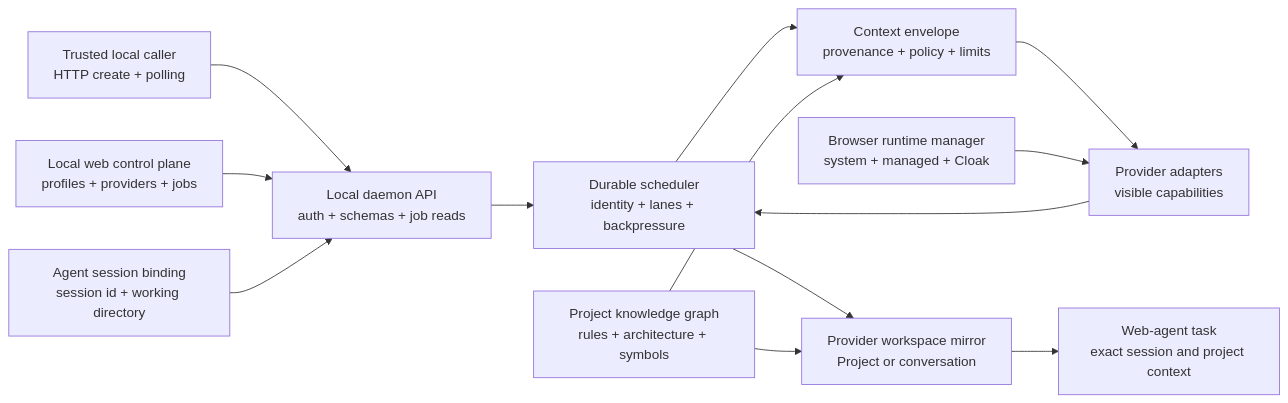
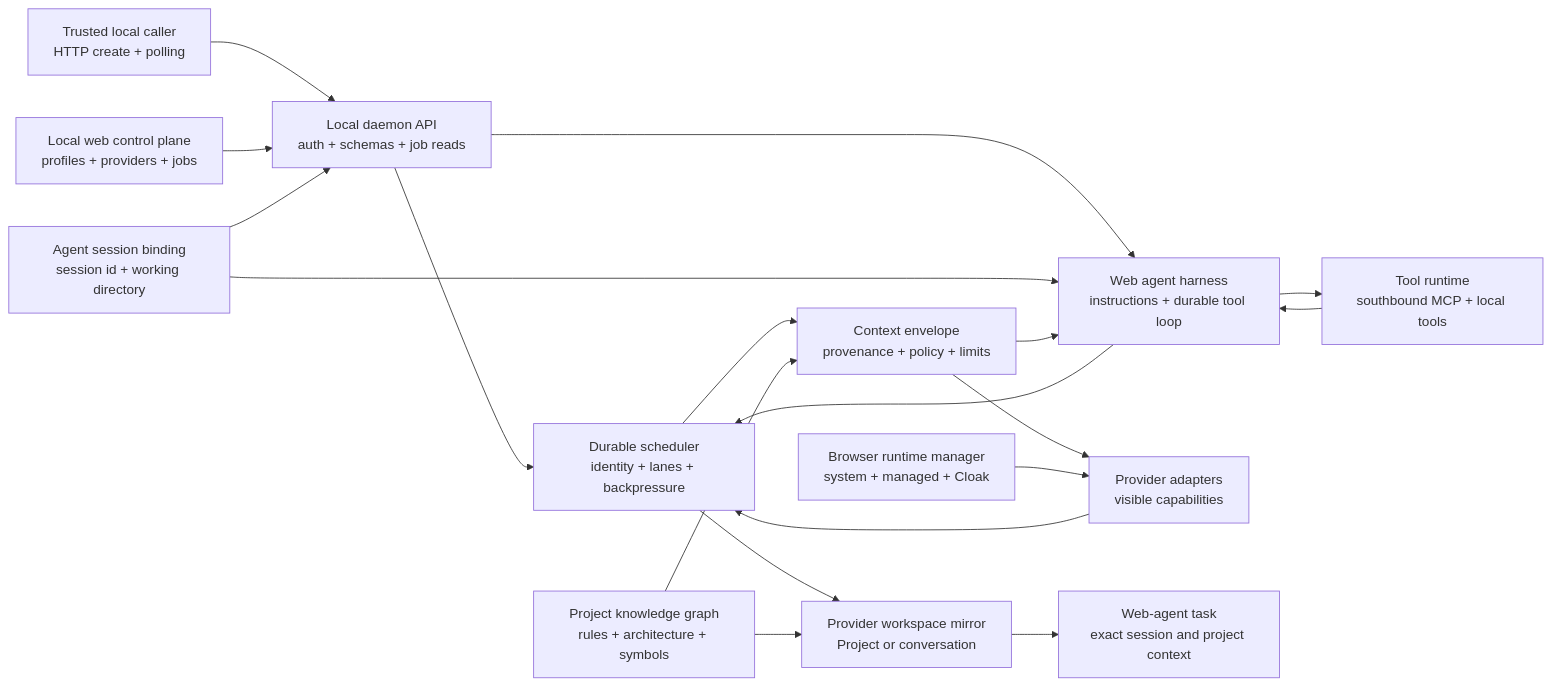
One commit to jazelly/tokenless changed the diagram in docs/roadmaps/README.md. Above: the diagram before and after it, drawn with Mermaid. The commit also changed other lines of this file and 53 other files, not shown here.

Commit message:
refactor(core): streamline tokenless architecture

````diff
--- a/docs/roadmaps/README.md
+++ b/docs/roadmaps/README.md
@@ -58,27 +59,35 @@
 ```mermaid
 flowchart LR
   Caller["Trusted local caller<br/>HTTP create + polling"]
   UI["Local web control plane<br/>profiles + providers + jobs"]
   API["Local daemon API<br/>auth + schemas + job reads"]
   Session["Agent session binding<br/>session id + working directory"]
   Scheduler["Durable scheduler<br/>identity + lanes + backpressure"]
   Context["Context envelope<br/>provenance + policy + limits"]
+  Harness["Web agent harness<br/>instructions + durable tool loop"]
+  Tools["Tool runtime<br/>southbound MCP + local tools"]
   Graph["Project knowledge graph<br/>rules + architecture + symbols"]
   Browser["Browser runtime manager<br/>system + managed + Cloak"]
   Provider["Provider adapters<br/>visible capabilities"]
   Workspace["Provider workspace mirror<br/>Project or conversation"]
   Task["Web-agent task<br/>exact session and project context"]
 
   Caller --> API
   UI --> API
   Session --> API
   API --> Scheduler
   Scheduler --> Context
   Graph --> Context
+  API --> Harness
+  Session --> Harness
+  Context --> Harness
+  Harness --> Scheduler
+  Harness --> Tools
+  Tools --> Harness
   Context --> Provider
   Browser --> Provider
   Provider --> Scheduler
   Scheduler --> Workspace
   Graph --> Workspace
   Workspace --> Task
 ```
````
